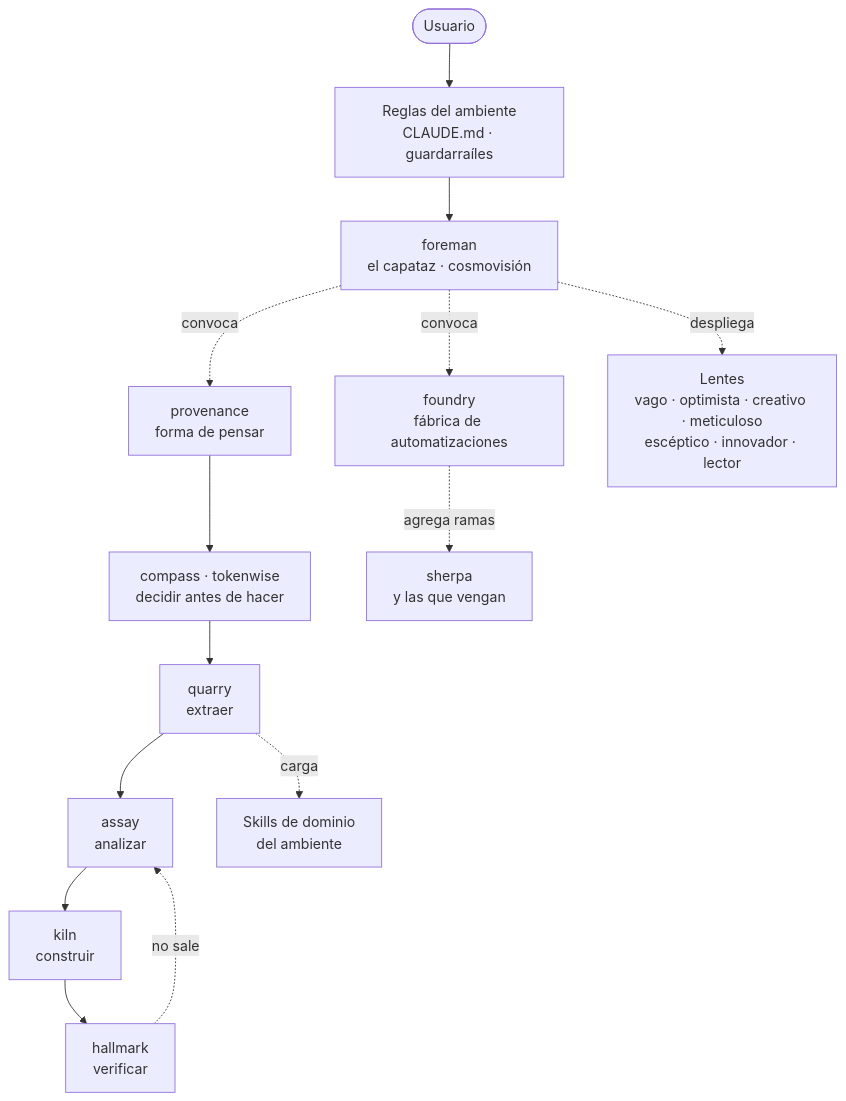
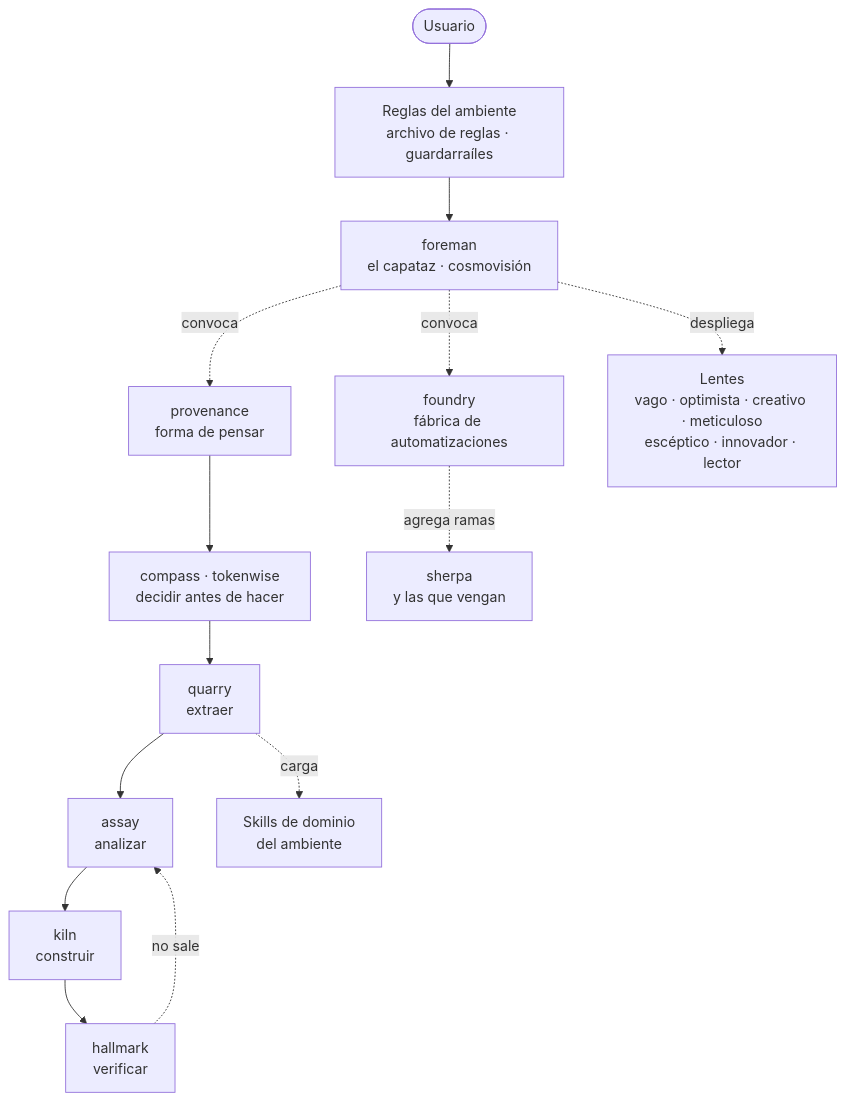
Before and after one commit to joacom369/guild: the first of 2 diagrams in README.md, drawn with Mermaid. The commit also changed other lines of this file and 34 other files, not shown here.

````diff
--- a/README.md
+++ b/README.md
@@ -15,13 +20,13 @@
 ```mermaid
 flowchart TD
-  U([Usuario]) --> R[Reglas del ambiente<br/>CLAUDE.md · guardarraíles]
+  U([Usuario]) --> R[Reglas del ambiente<br/>archivo de reglas · guardarraíles]
   R --> F[foreman<br/>el capataz · cosmovisión]
   F -. convoca .-> P[provenance<br/>forma de pensar]
   F -. convoca .-> FO[foundry<br/>fábrica de automatizaciones]
   F -. despliega .-> L[Lentes<br/>vago · optimista · creativo · meticuloso<br/>escéptico · innovador · lector]
   P --> D[compass · tokenwise<br/>decidir antes de hacer]
   D --> Q[quarry<br/>extraer] --> A[assay<br/>analizar] --> K[kiln<br/>construir] --> H[hallmark<br/>verificar]
   H -. no sale .-> A
   Q -. carga .-> DOM[Skills de dominio<br/>del ambiente]
   FO -. agrega ramas .-> S[sherpa<br/>y las que vengan]
 ```
````
